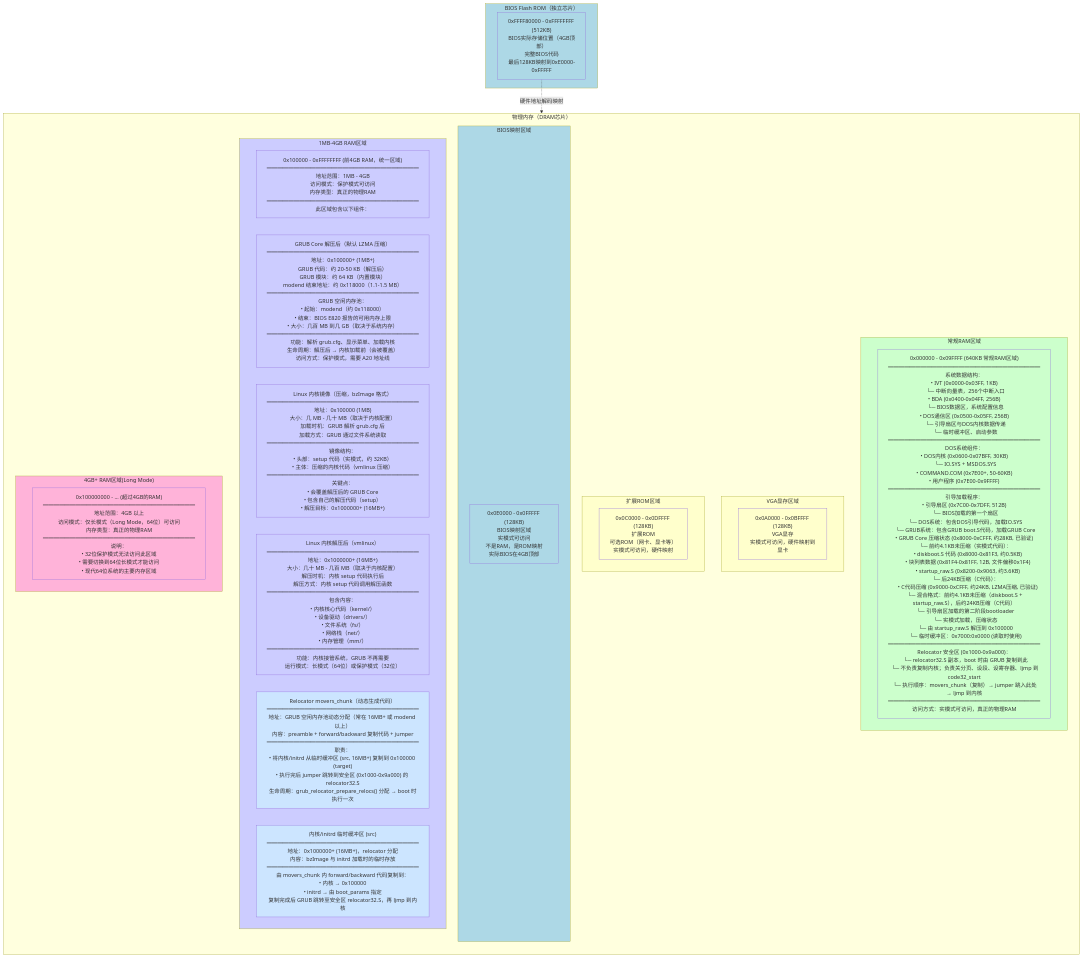
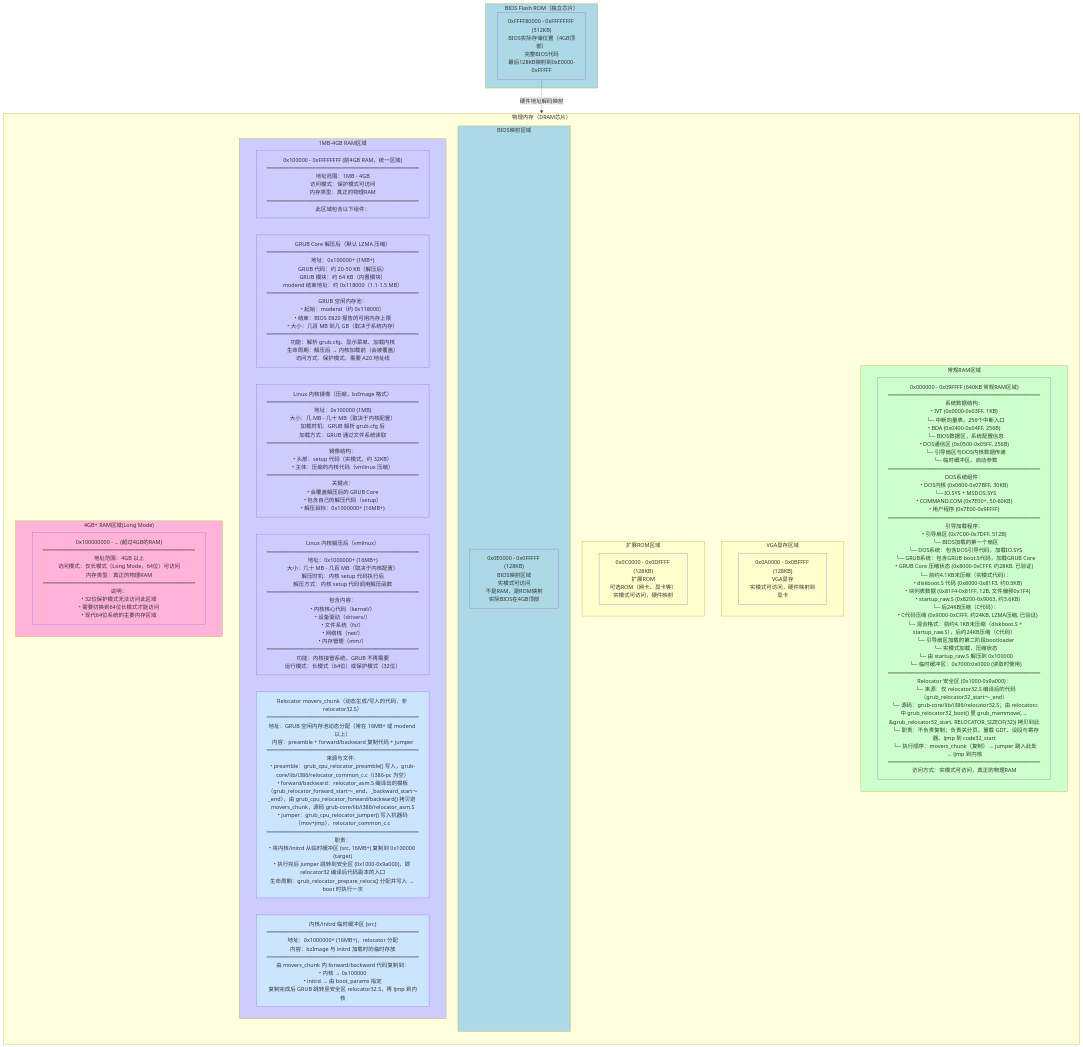
Before and after one commit to liweinan/bootimage-example: the diagram in BIOS_MEMORY_LAYOUT.md, drawn with Mermaid. The commit also changed 2 other files, not shown here.

Commit message:
docs: 提取 relocator 详细分析到 GRUB_RELOCATOR.md
- 新增 GRUB_RELOCATOR.md：relocator 数据结构、分配逻辑、prepare_relocs 实现、
  forward/backward 模板、jumper、两处代码来源、执行顺序、为何必须复制等
- GRUB_KERNEL_LOADING.md：两处 relocator 长段改为概要 + 链接到 GRUB_RELOCATOR.md
- BIOS_MEMORY_LAYOUT.md：relocator 相关内存位置（安全区、movers_chunk 等）

````diff
--- a/BIOS_MEMORY_LAYOUT.md
+++ b/BIOS_MEMORY_LAYOUT.md
@@ -287,61 +287,61 @@
    ```mermaid
    flowchart TB
        subgraph DRAM["物理内存（DRAM芯片）"]
            direction TB
            
            subgraph Low640KB["常规RAM区域"]
-               LowRAM["0x000000 - 0x09FFFF (640KB 常规RAM区域)<br/>━━━━━━━━━━━━━━━━━━━━━━━━━━━━<br/>系统数据结构：<br/>• IVT (0x0000-0x03FF, 1KB)<br/>  └─ 中断向量表，256个中断入口<br/>• BDA (0x0400-0x04FF, 256B)<br/>  └─ BIOS数据区，系统配置信息<br/>• DOS通信区 (0x0500-0x05FF, 256B)<br/>  └─ 引导扇区与DOS内核数据传递<br/>  └─ 临时缓冲区、启动参数<br/>━━━━━━━━━━━━━━━━━━━━━━━━━━━━<br/>DOS系统组件：<br/>• DOS内核 (0x0600-0x07BFF, 30KB)<br/>  └─ IO.SYS + MSDOS.SYS<br/>• COMMAND.COM (0x7E00+, 50-60KB)<br/>• 用户程序 (0x7E00-0x9FFFF)<br/>━━━━━━━━━━━━━━━━━━━━━━━━━━━━<br/>引导加载程序：<br/>• 引导扇区 (0x7C00-0x7DFF, 512B)<br/>  └─ BIOS加载的第一个扇区<br/>  └─ DOS系统：包含DOS引导代码，加载IO.SYS<br/>  └─ GRUB系统：包含GRUB boot.S代码，加载GRUB Core<br/>• GRUB Core 压缩状态 (0x8000-0xCFFF, 约28KB, 已验证)<br/>  └─ 前约4.1KB未压缩（实模式代码）：<br/>     • diskboot.S 代码 (0x8000-0x81F3, 约0.5KB)<br/>     • 块列表数据 (0x81F4-0x81FF, 12B, 文件偏移0x1F4)<br/>     • startup_raw.S (0x8200-0x9063, 约3.6KB)<br/>  └─ 后24KB压缩（C代码）：<br/>     • C代码压缩 (0x9000-0xCFFF, 约24KB, LZMA压缩, 已验证)<br/>  └─ 混合格式：前约4.1KB未压缩（diskboot.S + startup_raw.S），后约24KB压缩（C代码）<br/>  └─ 引导扇区加载的第二阶段bootloader<br/>  └─ 实模式加载，压缩状态<br/>  └─ 由 startup_raw.S 解压到 0x100000<br/>  └─ 临时缓冲区：0x7000:0x0000 (读取时使用)<br/>━━━━━━━━━━━━━━━━━━━━━━━━━━━━<br/>Relocator 安全区 (0x1000-0x9a000)：<br/>  └─ relocator32.S 副本，boot 时由 GRUB 复制到此<br/>  └─ 不负责复制内核；负责关分页、设段、设寄存器、ljmp 到 code32_start<br/>  └─ 执行顺序：movers_chunk（复制）→ jumper 跳入此处 → ljmp 到内核<br/>━━━━━━━━━━━━━━━━━━━━━━━━━━━━<br/>访问方式：实模式可访问，真正的物理RAM"]
+               LowRAM["0x000000 - 0x09FFFF (640KB 常规RAM区域)<br/>━━━━━━━━━━━━━━━━━━━━━━━━━━━━<br/>系统数据结构：<br/>• IVT (0x0000-0x03FF, 1KB)<br/>  └─ 中断向量表，256个中断入口<br/>• BDA (0x0400-0x04FF, 256B)<br/>  └─ BIOS数据区，系统配置信息<br/>• DOS通信区 (0x0500-0x05FF, 256B)<br/>  └─ 引导扇区与DOS内核数据传递<br/>  └─ 临时缓冲区、启动参数<br/>━━━━━━━━━━━━━━━━━━━━━━━━━━━━<br/>DOS系统组件：<br/>• DOS内核 (0x0600-0x07BFF, 30KB)<br/>  └─ IO.SYS + MSDOS.SYS<br/>• COMMAND.COM (0x7E00+, 50-60KB)<br/>• 用户程序 (0x7E00-0x9FFFF)<br/>━━━━━━━━━━━━━━━━━━━━━━━━━━━━<br/>引导加载程序：<br/>• 引导扇区 (0x7C00-0x7DFF, 512B)<br/>  └─ BIOS加载的第一个扇区<br/>  └─ DOS系统：包含DOS引导代码，加载IO.SYS<br/>  └─ GRUB系统：包含GRUB boot.S代码，加载GRUB Core<br/>• GRUB Core 压缩状态 (0x8000-0xCFFF, 约28KB, 已验证)<br/>  └─ 前约4.1KB未压缩（实模式代码）：<br/>     • diskboot.S 代码 (0x8000-0x81F3, 约0.5KB)<br/>     • 块列表数据 (0x81F4-0x81FF, 12B, 文件偏移0x1F4)<br/>     • startup_raw.S (0x8200-0x9063, 约3.6KB)<br/>  └─ 后24KB压缩（C代码）：<br/>     • C代码压缩 (0x9000-0xCFFF, 约24KB, LZMA压缩, 已验证)<br/>  └─ 混合格式：前约4.1KB未压缩（diskboot.S + startup_raw.S），后约24KB压缩（C代码）<br/>  └─ 引导扇区加载的第二阶段bootloader<br/>  └─ 实模式加载，压缩状态<br/>  └─ 由 startup_raw.S 解压到 0x100000<br/>  └─ 临时缓冲区：0x7000:0x0000 (读取时使用)<br/>━━━━━━━━━━━━━━━━━━━━━━━━━━━━<br/>Relocator 安全区 (0x1000-0x9a000)：<br/>  └─ 来源：仅 relocator32.S 编译后的代码（grub_relocator32_start～_end）<br/>  └─ 源码：grub-core/lib/i386/relocator32.S；由 relocator.c 中 grub_relocator32_boot() 里 grub_memmove(..., &grub_relocator32_start, RELOCATOR_SIZEOF(32)) 拷贝到此<br/>  └─ 职责：不负责复制；负责关分页、重载 GDT、设段与寄存器、ljmp 到 code32_start<br/>  └─ 执行顺序：movers_chunk（复制）→ jumper 跳入此处 → ljmp 到内核<br/>━━━━━━━━━━━━━━━━━━━━━━━━━━━━<br/>访问方式：实模式可访问，真正的物理RAM"]
            end
            
            subgraph VGARAM["VGA显存区域"]
                VGAMem["0x0A0000 - 0x0BFFFF (128KB)<br/>VGA显存<br/>实模式可访问，硬件映射到显卡"]
            end
            
            subgraph ExtROM["扩展ROM区域"]
                OptionROM["0x0C0000 - 0x0DFFFF (128KB)<br/>扩展ROM<br/>可选ROM（网卡、显卡等）<br/>实模式可访问，硬件映射"]
            end
            
            subgraph BIOSMap["BIOS映射区域"]
                BIOSMapped["0x0E0000 - 0x0FFFFF (128KB)<br/>BIOS映射区域<br/>实模式可访问<br/>不是RAM，是ROM映射<br/>实际BIOS在4GB顶部"]
            end
            
            subgraph Above1MB["1MB-4GB RAM区域"]
                RAM4GB["0x100000 - 0xFFFFFFFF (前4GB RAM，统一区域)<br/>━━━━━━━━━━━━━━━━━━━━━━━━━━━━<br/>地址范围：1MB - 4GB<br/>访问模式：保护模式可访问<br/>内存类型：真正的物理RAM<br/>━━━━━━━━━━━━━━━━━━━━━━━━━━━━<br/>此区域包含以下组件："]
                GRUBDecomp["GRUB Core 解压后（默认 LZMA 压缩）<br/>━━━━━━━━━━━━━━━━━━━━━━━━━━━━<br/>地址：0x100000+ (1MB+)<br/>GRUB 代码：约 20-50 KB（解压后）<br/>GRUB 模块：约 64 KB（内置模块）<br/>modend 结束地址：约 0x118000（1.1-1.5 MB）<br/>━━━━━━━━━━━━━━━━━━━━━━━━━━━━<br/>GRUB 空闲内存池：<br/>• 起始：modend（约 0x118000）<br/>• 结束：BIOS E820 报告的可用内存上限<br/>• 大小：几百 MB 到几 GB（取决于系统内存）<br/>━━━━━━━━━━━━━━━━━━━━━━━━━━━━<br/>功能：解析 grub.cfg、显示菜单、加载内核<br/>生命周期：解压后 → 内核加载前（会被覆盖）<br/>访问方式：保护模式，需要 A20 地址线"]
                KernelLoad["Linux 内核镜像（压缩，bzImage 格式）<br/>━━━━━━━━━━━━━━━━━━━━━━━━━━━━<br/>地址：0x100000 (1MB)<br/>大小：几 MB - 几十 MB（取决于内核配置）<br/>加载时机：GRUB 解析 grub.cfg 后<br/>加载方式：GRUB 通过文件系统读取<br/>━━━━━━━━━━━━━━━━━━━━━━━━━━━━<br/>镜像结构：<br/>• 头部：setup 代码（实模式，约 32KB）<br/>• 主体：压缩的内核代码（vmlinux 压缩）<br/>━━━━━━━━━━━━━━━━━━━━━━━━━━━━<br/>关键点：<br/>• 会覆盖解压后的 GRUB Core<br/>• 包含自己的解压代码（setup）<br/>• 解压目标：0x1000000+ (16MB+)"]
                KernelDecomp["Linux 内核解压后（vmlinux）<br/>━━━━━━━━━━━━━━━━━━━━━━━━━━━━<br/>地址：0x1000000+ (16MB+)<br/>大小：几十 MB - 几百 MB（取决于内核配置）<br/>解压时机：内核 setup 代码执行后<br/>解压方式：内核 setup 代码调用解压函数<br/>━━━━━━━━━━━━━━━━━━━━━━━━━━━━<br/>包含内容：<br/>• 内核核心代码（kernel/）<br/>• 设备驱动（drivers/）<br/>• 文件系统（fs/）<br/>• 网络栈（net/）<br/>• 内存管理（mm/）<br/>━━━━━━━━━━━━━━━━━━━━━━━━━━━━<br/>功能：内核接管系统，GRUB 不再需要<br/>运行模式：长模式（64位）或保护模式（32位）"]
-               RelocatorMovers["Relocator movers_chunk（动态生成代码）<br/>━━━━━━━━━━━━━━━━━━━━━━━━━━━━<br/>地址：GRUB 空闲内存池动态分配（常在 16MB+ 或 modend 以上）<br/>内容：preamble + forward/backward 复制代码 + jumper<br/>━━━━━━━━━━━━━━━━━━━━━━━━━━━━<br/>职责：<br/>• 将内核/initrd 从临时缓冲区 (src, 16MB+) 复制到 0x100000 (target)<br/>• 执行完后 jumper 跳转到安全区 (0x1000-0x9a000) 的 relocator32.S<br/>生命周期：grub_relocator_prepare_relocs() 分配 → boot 时执行一次"]
+               RelocatorMovers["Relocator movers_chunk（动态生成/写入的代码，非 relocator32.S）<br/>━━━━━━━━━━━━━━━━━━━━━━━━━━━━<br/>地址：GRUB 空闲内存池动态分配（常在 16MB+ 或 modend 以上）<br/>内容：preamble + forward/backward 复制代码 + jumper<br/>━━━━━━━━━━━━━━━━━━━━━━━━━━━━<br/>来源与文件：<br/>• preamble：grub_cpu_relocator_preamble() 写入，grub-core/lib/i386/relocator_common_c.c（i386-pc 为空）<br/>• forward/backward：relocator_asm.S 编译出的模板（grub_relocator_forward_start～_end、_backward_start～_end），由 grub_cpu_relocator_forward/backward() 拷贝进 movers_chunk，源码 grub-core/lib/i386/relocator_asm.S<br/>• jumper：grub_cpu_relocator_jumper() 写入机器码（mov+jmp），relocator_common_c.c<br/>━━━━━━━━━━━━━━━━━━━━━━━━━━━━<br/>职责：<br/>• 将内核/initrd 从临时缓冲区 (src, 16MB+) 复制到 0x100000 (target)<br/>• 执行完后 jumper 跳转到安全区 (0x1000-0x9a000)，即 relocator32 编译后代码副本的入口<br/>生命周期：grub_relocator_prepare_relocs() 分配并写入 → boot 时执行一次"]
                KernelTempBuf["内核/initrd 临时缓冲区 (src)<br/>━━━━━━━━━━━━━━━━━━━━━━━━━━━━<br/>地址：0x1000000+ (16MB+)，relocator 分配<br/>内容：bzImage 与 initrd 加载时的临时存放<br/>━━━━━━━━━━━━━━━━━━━━━━━━━━━━<br/>由 movers_chunk 内 forward/backward 代码复制到：<br/>• 内核 → 0x100000<br/>• initrd → 由 boot_params 指定<br/>复制完成后 GRUB 跳转至安全区 relocator32.S，再 ljmp 到内核"]
            end
            
            subgraph Above4GB["4GB+ RAM区域(Long Mode)"]
                RAM8GB["0x100000000 - ... (超过4GB的RAM)<br/>━━━━━━━━━━━━━━━━━━━━━━━━━━━━<br/>地址范围：4GB 以上<br/>访问模式：仅长模式（Long Mode，64位）可访问<br/>内存类型：真正的物理RAM<br/>━━━━━━━━━━━━━━━━━━━━━━━━━━━━<br/>说明：<br/>• 32位保护模式无法访问此区域<br/>• 需要切换到64位长模式才能访问<br/>• 现代64位系统的主要内存区域"]
            end
        end
        
        subgraph BIOSROM["BIOS Flash ROM（独立芯片）"]
            BIOSFull["0xFFFF80000 - 0xFFFFFFFF (512KB)<br/>BIOS实际存储位置（4GB顶部）<br/>完整BIOS代码<br/>最后128KB映射到0xE0000-0xFFFFF"]
        end
        
        BIOSFull -.->|"硬件地址解码映射"| BIOSMapped
        
        style Low640KB fill:#ccffcc
        style LowRAM fill:#ccffcc
        style VGARAM fill:#ffffcc
        style VGAMem fill:#ffffcc
        style ExtROM fill:#ffffcc
        style OptionROM fill:#ffffcc
        style BIOSMap fill:#add8e6
        style BIOSMapped fill:#add8e6
        style Above1MB fill:#ccccff
        style RAM4GB fill:#ccccff
        style GRUBDecomp fill:#ccccff
        style KernelLoad fill:#ccccff
        style KernelDecomp fill:#ccccff
        style RelocatorMovers fill:#cce5ff
        style KernelTempBuf fill:#cce5ff
        style Above4GB fill:#ffb3d9
        style RAM8GB fill:#ffb3d9
        style BIOSROM fill:#add8e6
        style BIOSFull fill:#add8e6
    ```
````
